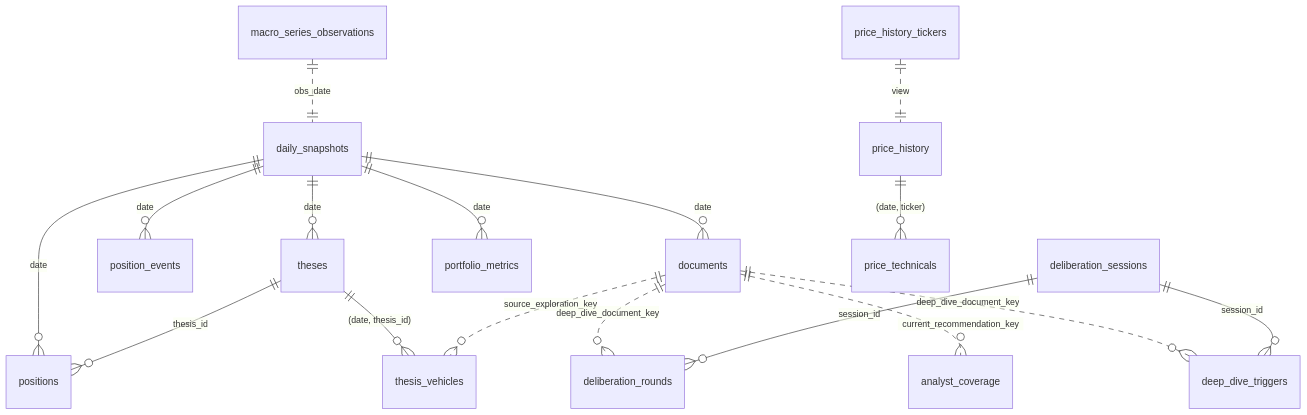
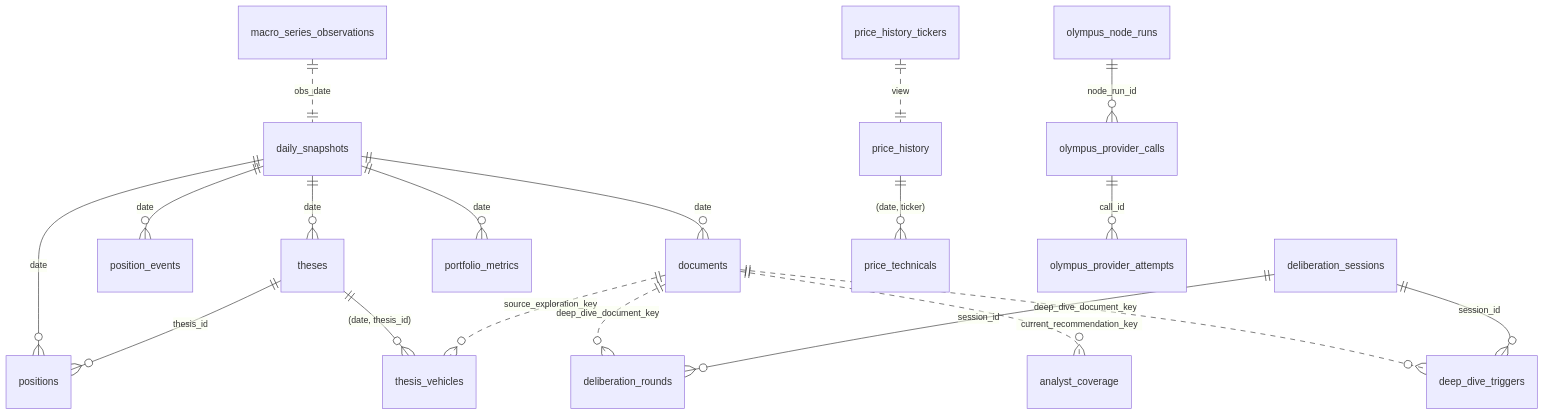
Before and after one commit to digithings-ai/digithings: the diagram in digiquant/supabase/SCHEMA.md, drawn with Mermaid. The commit also changed other lines of this file and 7 other files, not shown here.

````diff
--- a/digiquant/supabase/SCHEMA.md
+++ b/digiquant/supabase/SCHEMA.md
@@ -14,24 +14,27 @@
 ```mermaid
 erDiagram
     daily_snapshots  ||--o{ positions             : "date"
     daily_snapshots  ||--o{ theses                : "date"
     daily_snapshots  ||--o{ position_events       : "date"
     daily_snapshots  ||--o{ documents             : "date"
     daily_snapshots  ||--o{ portfolio_metrics     : "date"
 
     theses           ||--o{ thesis_vehicles       : "(date, thesis_id)"
     theses           ||--o{ positions             : "thesis_id"
 
     documents        ||..o{ thesis_vehicles       : "source_exploration_key"
     documents        ||..o{ deliberation_rounds   : "deep_dive_document_key"
     documents        ||..o{ analyst_coverage      : "current_recommendation_key"
     documents        ||..o{ deep_dive_triggers    : "deep_dive_document_key"
 
     deliberation_sessions ||--o{ deliberation_rounds : "session_id"
     deliberation_sessions ||--o{ deep_dive_triggers  : "session_id"
 
     price_history        ||--o{ price_technicals : "(date, ticker)"
     price_history_tickers ||..|| price_history   : "view"
 
     macro_series_observations ||..|| daily_snapshots : "obs_date"
+
+    olympus_node_runs ||--o{ olympus_provider_calls : "node_run_id"
+    olympus_provider_calls ||--o{ olympus_provider_attempts : "call_id"
 ```
````
